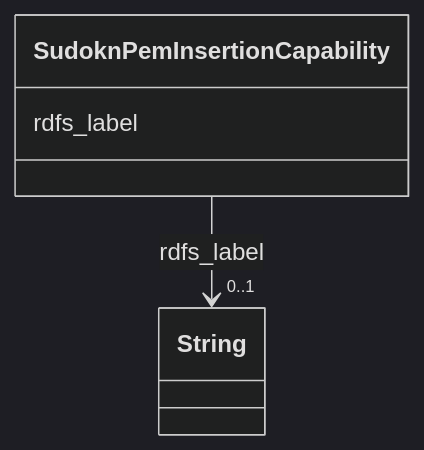
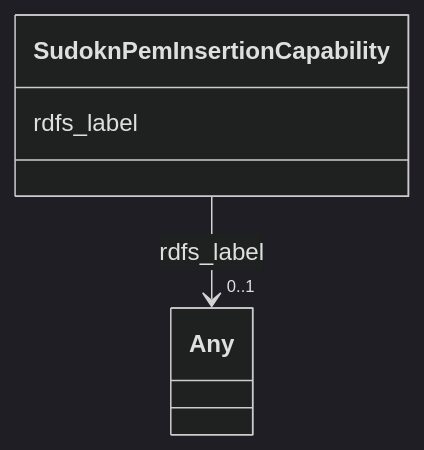
Before and after one commit to frink-okn/graph-descriptions: the diagram in sudokn-kg/classes/SudoknPemInsertionCapability.md, drawn with Mermaid (dark theme). The commit also changed other lines of this file and 903 other files, not shown here.

````diff
--- a/sudokn-kg/classes/SudoknPemInsertionCapability.md
+++ b/sudokn-kg/classes/SudoknPemInsertionCapability.md
@@ -23,15 +18,15 @@
 ```mermaid
  classDiagram
     class SudoknPemInsertionCapability
     click SudoknPemInsertionCapability href "../SudoknPemInsertionCapability"
       SudoknPemInsertionCapability : rdfs_label
         
           
     
     
-    SudoknPemInsertionCapability --> "0..1" String : rdfs_label
-    click String href "../String"
+    SudoknPemInsertionCapability --> "0..1" Any : rdfs_label
+    click Any href "../Any"
 
         
       
 ```
````
